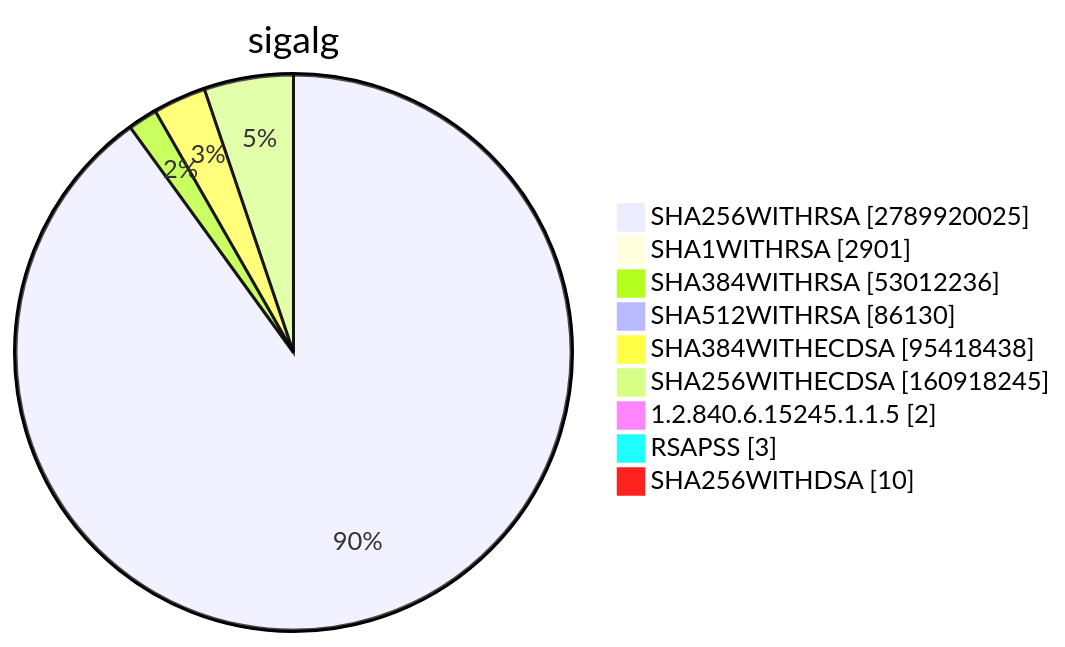
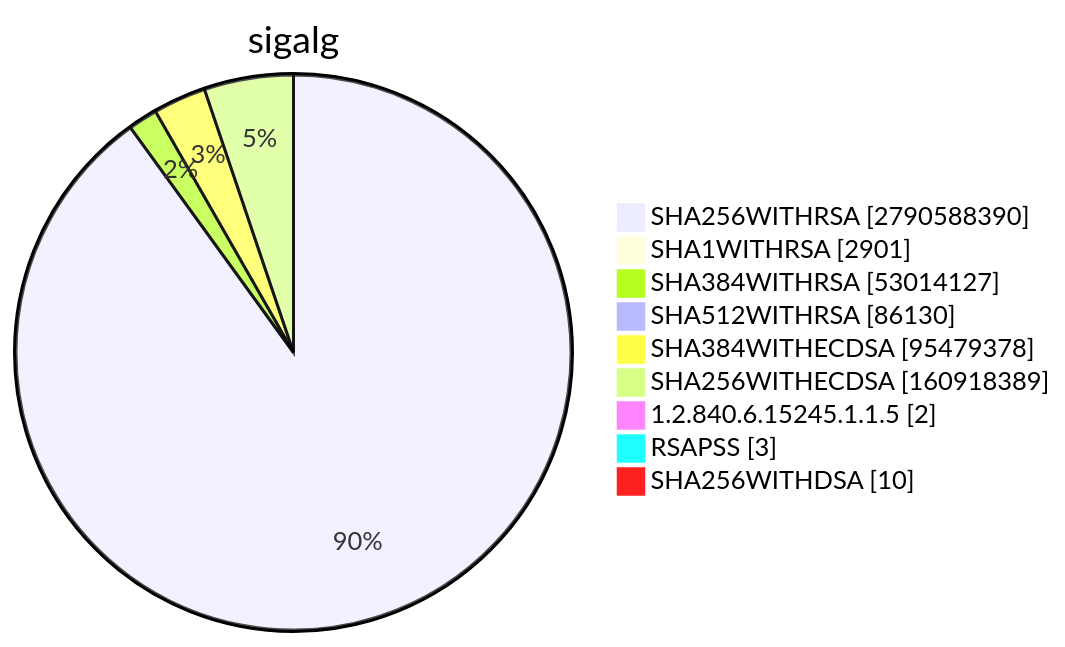
Diagram 15 of 15 in TOTAL/README.md (christiankrug/ctmonitor_visualization), drawn with Mermaid before and after one commit. The commit also changed other lines of this file, not shown here.

````diff
--- a/TOTAL/README.md
+++ b/TOTAL/README.md
@@ -6207,13 +6207,13 @@
 ```mermaid
 pie showData
 title sigalg
-"SHA256WITHRSA" :2789920025
+"SHA256WITHRSA" :2790588390
 "SHA1WITHRSA" :2901
-"SHA384WITHRSA" :53012236
+"SHA384WITHRSA" :53014127
 "SHA512WITHRSA" :86130
-"SHA384WITHECDSA" :95418438
-"SHA256WITHECDSA" :160918245
+"SHA384WITHECDSA" :95479378
+"SHA256WITHECDSA" :160918389
 "1.2.840.6.15245.1.1.5" :2
 "RSAPSS" :3
 "SHA256WITHDSA" :10
 ```
````
